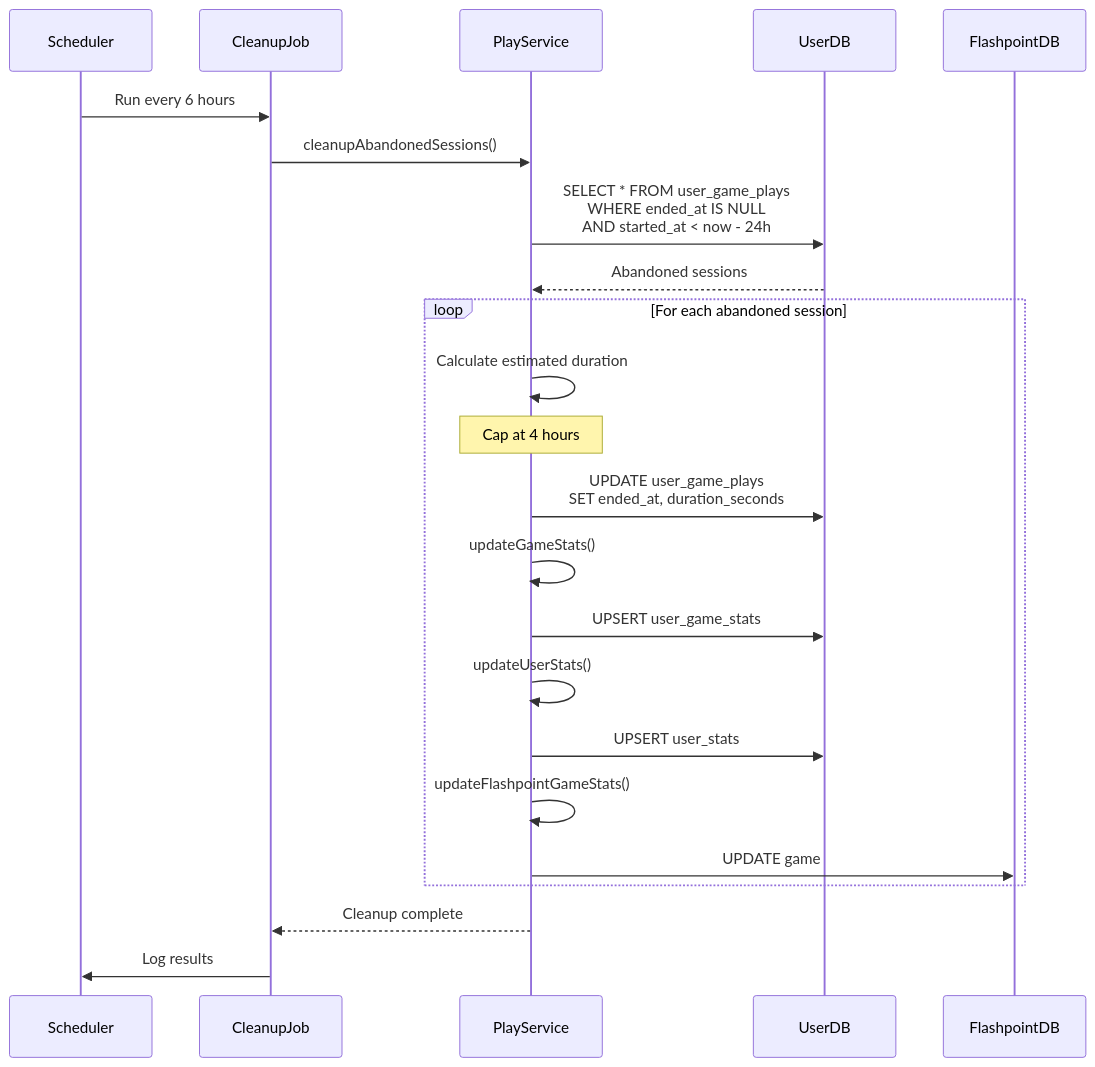
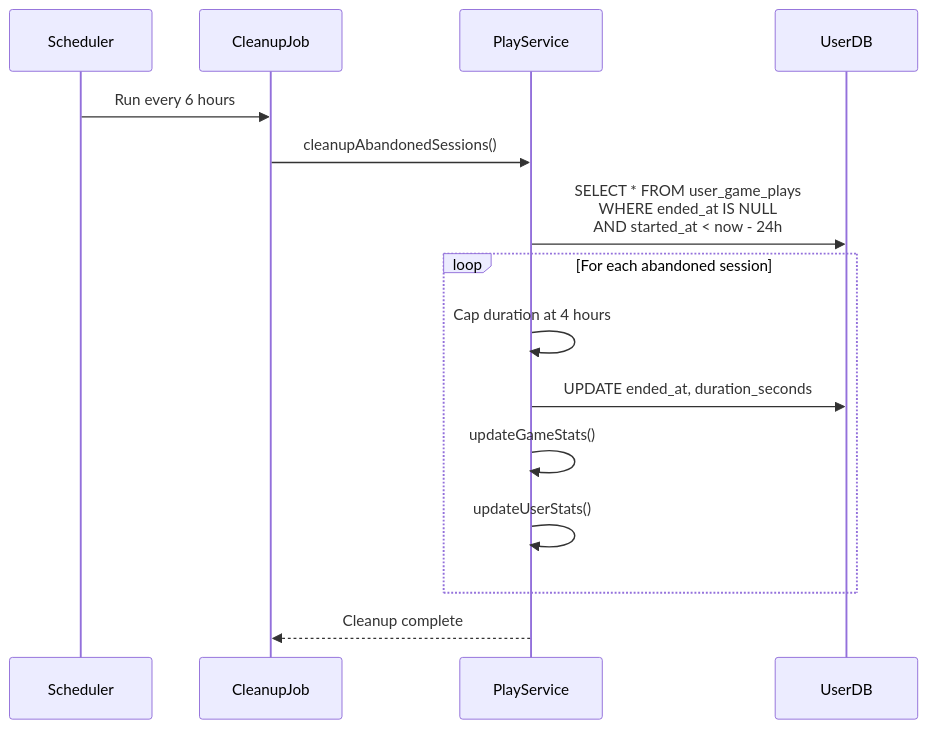
One commit to darkraise/flashpoint-web changed the fifth of 5 diagrams in docs/02-architecture/play-tracking-flow.md. Above: the diagram before and after it, drawn with Mermaid. The commit also changed other lines of this file and 98 other files, not shown here.

````diff
--- a/docs/02-architecture/play-tracking-flow.md
+++ b/docs/02-architecture/play-tracking-flow.md
@@ -671,34 +381,21 @@
 ```mermaid
 sequenceDiagram
     participant Scheduler
     participant CleanupJob
     participant PlayService
     participant UserDB
-    participant FlashpointDB
 
     Scheduler->>CleanupJob: Run every 6 hours
     CleanupJob->>PlayService: cleanupAbandonedSessions()
 
     PlayService->>UserDB: SELECT * FROM user_game_plays<br/>WHERE ended_at IS NULL<br/>AND started_at < now - 24h
 
-    UserDB-->>PlayService: Abandoned sessions
-
     loop For each abandoned session
-        PlayService->>PlayService: Calculate estimated duration
-        Note over PlayService: Cap at 4 hours
-
-        PlayService->>UserDB: UPDATE user_game_plays<br/>SET ended_at, duration_seconds
-
+        PlayService->>PlayService: Cap duration at 4 hours
+        PlayService->>UserDB: UPDATE ended_at, duration_seconds
         PlayService->>PlayService: updateGameStats()
-        PlayService->>UserDB: UPSERT user_game_stats
-
         PlayService->>PlayService: updateUserStats()
-        PlayService->>UserDB: UPSERT user_stats
-
-        PlayService->>PlayService: updateFlashpointGameStats()
-        PlayService->>FlashpointDB: UPDATE game
     end
 
     PlayService-->>CleanupJob: Cleanup complete
-    CleanupJob->>Scheduler: Log results
 ```
````
